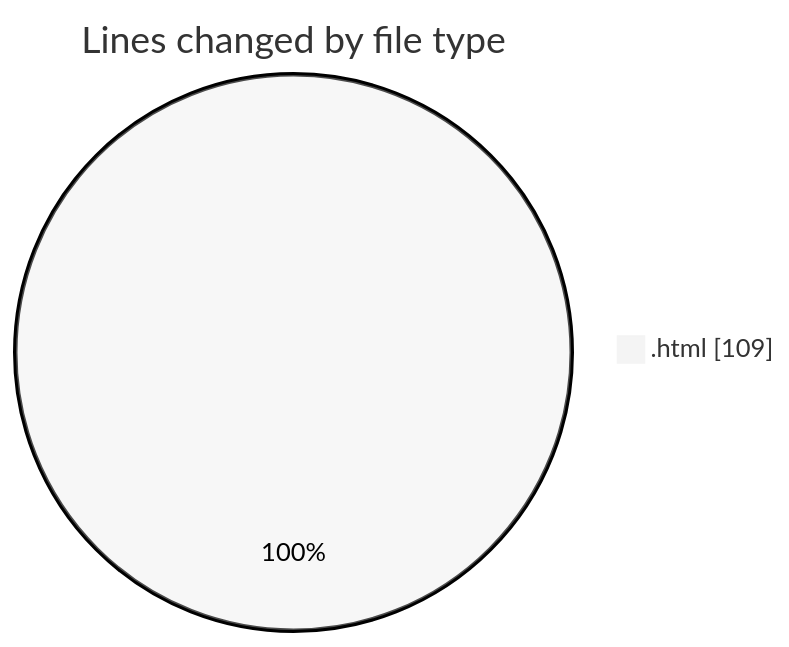
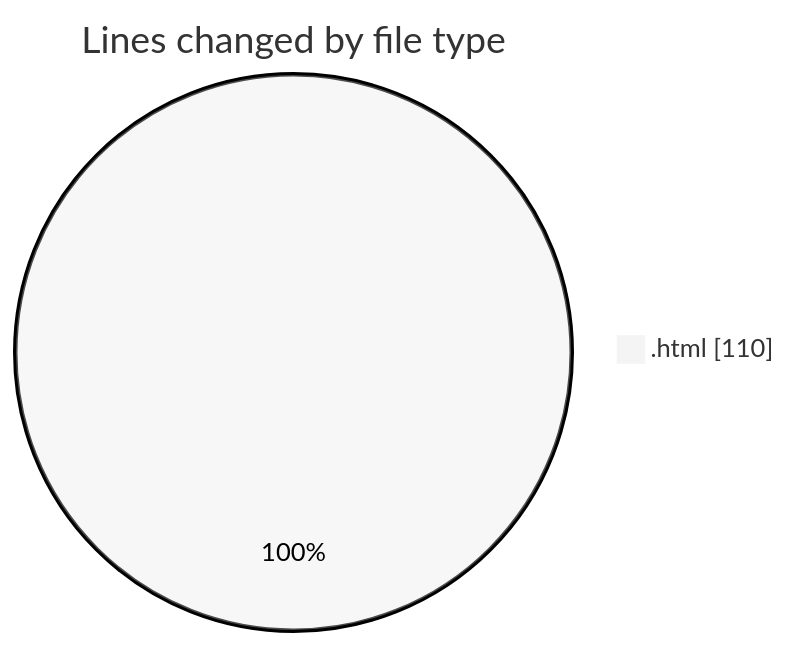
One commit to hasnaa123/code-tracking changed the first of 2 diagrams in 2025-12-23/technologie_web/README.md. Above: the diagram before and after it, drawn with Mermaid (neutral theme). The commit also changed other lines of this file and 1 other file, not shown here.

````diff
--- a/2025-12-23/technologie_web/README.md
+++ b/2025-12-23/technologie_web/README.md
@@ -20,5 +20,5 @@
 ```mermaid
 pie showData
 title Lines changed by file type
-".html" : 109
+".html" : 110
 ```
````
